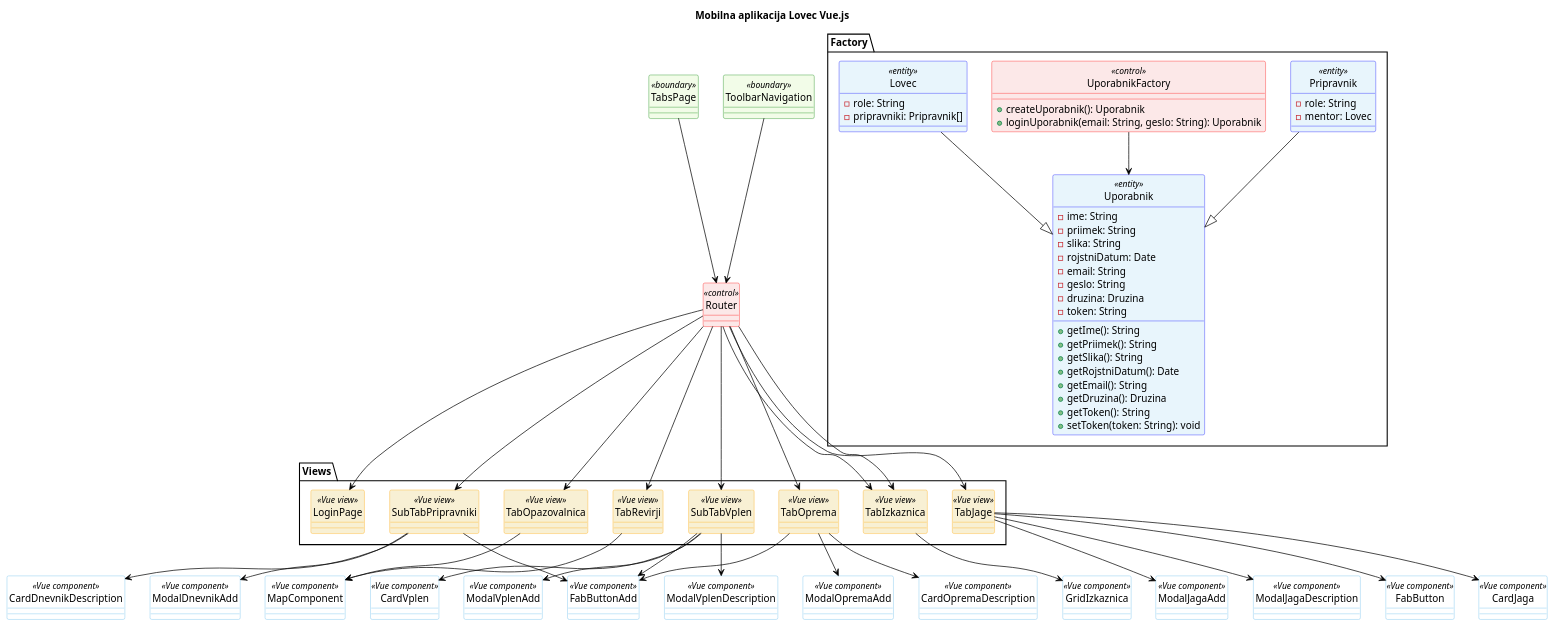
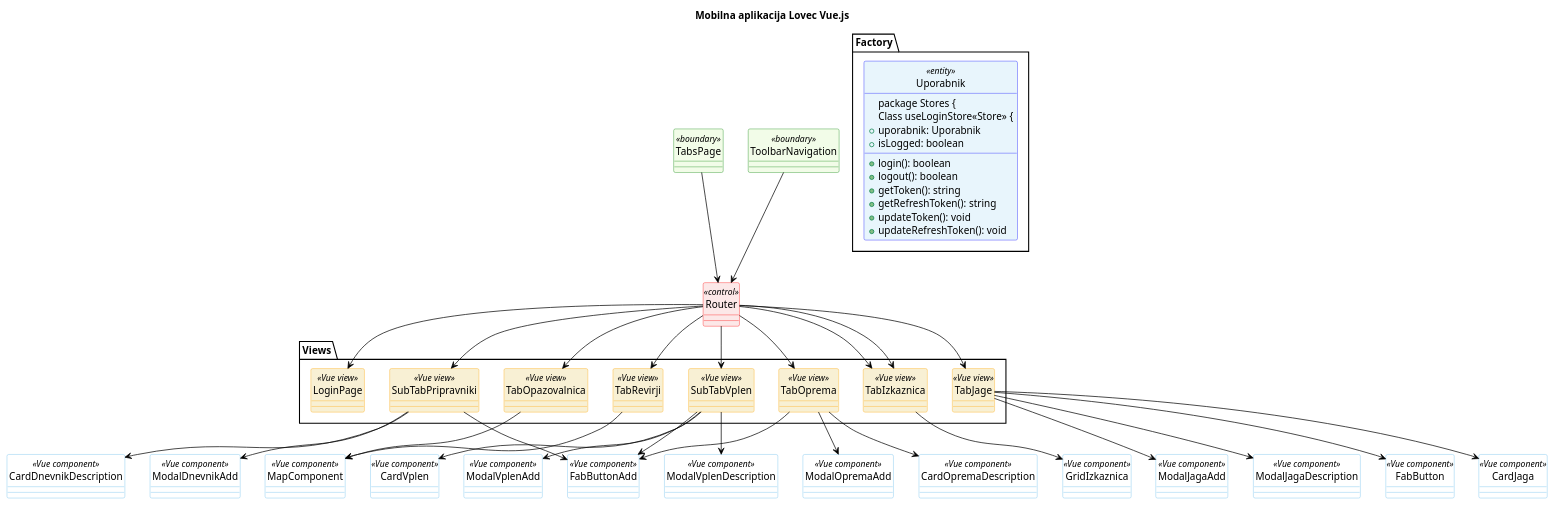
One commit to janmerhar/lovec changed the diagram in docs/uml/front-end.wsd. Above: the diagram before and after it, drawn with PlantUML.

Commit message:
Add useLoginStore in FE UML

```diff
--- a/docs/uml/front-end.wsd
+++ b/docs/uml/front-end.wsd
@@ -1,192 +1,167 @@
 @startuml Mobilna aplikacija Lovec Vue.js
 
 title Mobilna aplikacija Lovec Vue.js
 
 skinparam class {
   backgroundColor white
   borderColor #5FB8EC
   arrowColor black
 }
 skinparam class<<entity>> {
   backgroundColor #e8f5fc
   borderColor Blue
 }
 skinparam class<<control>> {
   backgroundColor #fce8e8
   borderColor Red
 }
 skinparam class<<boundary>> {
   backgroundColor #f2fce8
   borderColor Green
 }
 skinparam class<<External API>>{
   backgroundColor #f8f0d4
   borderColor Orange
 }
 skinparam class<<Vue view>>{
   backgroundColor #f8f0d4
   borderColor Orange
 }
 
 ' skinparam shadowing false
 skinparam style strictuml
 skinparam defaultTextAlignment center
 ' skinparam packageStyle rectangle
 skinparam groupInheritance 5
 hide circle
 ' hide members
 
 '---------Razredi---------------------------
 class TabsPage<<boundary>>
 class ToolbarNavigation<<boundary>>
 
 class Router<<control>>{
 }
 
 TabsPage --> Router
 ToolbarNavigation --> Router
 
 package Views{
   Class SubTabPripravniki<<Vue view>>{
   }
 
   Class TabRevirji<<Vue view>>{
   }
 
   Class TabOpazovalnica<<Vue view>>{
   }
 
   Class SubTabVplen<<Vue view>>{
   }
 
   Class TabOprema<<Vue view>>{
   }
 
   Class TabIzkaznica<<Vue view>>{
   }
 
   Class TabJage<<Vue view>>{
   }
 
   Class TabIzkaznica<<Vue view>>{
   }
 
   Class LoginPage<<Vue view>>{
   }
 }
 
 Router --> SubTabPripravniki
 Router --> TabRevirji
 Router --> TabOpazovalnica
 Router --> SubTabVplen
 Router --> TabOprema
 Router --> TabIzkaznica
 Router --> TabJage
 Router --> TabIzkaznica
 Router --> LoginPage
 
 Class FabButton<<Vue component>>{
 }
 Class CardJaga<<Vue component>>{
 }
 Class ModalJagaAdd<<Vue component>>{
 }
 Class ModalJagaDescription<<Vue component>>{
 }
 
 TabJage --> FabButton
 TabJage --> CardJaga
 TabJage --> ModalJagaAdd
 TabJage --> ModalJagaDescription
 
 Class GridIzkaznica<<Vue component>>{
 }
 
 TabIzkaznica --> GridIzkaznica
 
 Class FabButtonAdd<<Vue component>>{
 }
 Class ModalOpremaAdd<<Vue component>>{
 }
 Class CardOpremaDescription<<Vue component>>{
 }
 
 TabOprema --> FabButtonAdd
 TabOprema --> ModalOpremaAdd
 TabOprema --> CardOpremaDescription
 
 ' Class FabButtonAdd<<Vue component>>{
 ' }
 Class CardVplen<<Vue component>>{
 }
 Class ModalVplenAdd<<Vue component>>{
 }
 Class ModalVplenDescription<<Vue component>>{
 }
 
 SubTabVplen --> FabButtonAdd
 SubTabVplen --> CardVplen
 SubTabVplen --> ModalVplenAdd
 SubTabVplen --> ModalVplenDescription
 
 Class MapComponent<<Vue component>>{
 }
 
 TabOpazovalnica --> MapComponent
 
 TabRevirji --> MapComponent
 
 ' Class FabButtonAdd<<Vue component>>{
 ' }
 Class ModalDnevnikAdd<<Vue component>>{
 }
 Class CardDnevnikDescription<<Vue component>>{
 }
 
 SubTabPripravniki --> FabButtonAdd
 SubTabPripravniki --> ModalDnevnikAdd
 SubTabPripravniki --> CardDnevnikDescription
 
 package Factory{
   Class Uporabnik<<entity>> {
-    -ime: String
-    -priimek: String
-    -slika: String
-    -rojstniDatum: Date
-    -email: String
-    -geslo: String
-    -druzina: Druzina
-    -token: String
-' 
-    +getIme(): String
-    +getPriimek(): String
-    +getSlika(): String
-    +getRojstniDatum(): Date
-    +getEmail(): String
-    +getDruzina(): Druzina
-' 
-    +getToken(): String
-    +setToken(token: String): void
-  }
 
-  Class UporabnikFactory<<control>>{
-    +createUporabnik(): Uporabnik
-    +loginUporabnik(email: String, geslo: String): Uporabnik
-  }
+package Stores {
+  Class useLoginStore<<Store>> {
+    + uporabnik: Uporabnik
+    + isLogged: boolean
 
-  Class Lovec<<entity>>{
-    -role: String
-    -pripravniki: Pripravnik[]
-  }
-
-  Class Pripravnik<<entity>> {
-    -role: String
-    -mentor: Lovec
+    + login(): boolean
+    + logout(): boolean
+    + getToken(): string
+    + getRefreshToken(): string
+    + updateToken(): void
+    + updateRefreshToken(): void
   }
 }
 
-Lovec --|> Uporabnik
-Pripravnik --|> Uporabnik
-UporabnikFactory --> Uporabnik
-
 @enduml
```
